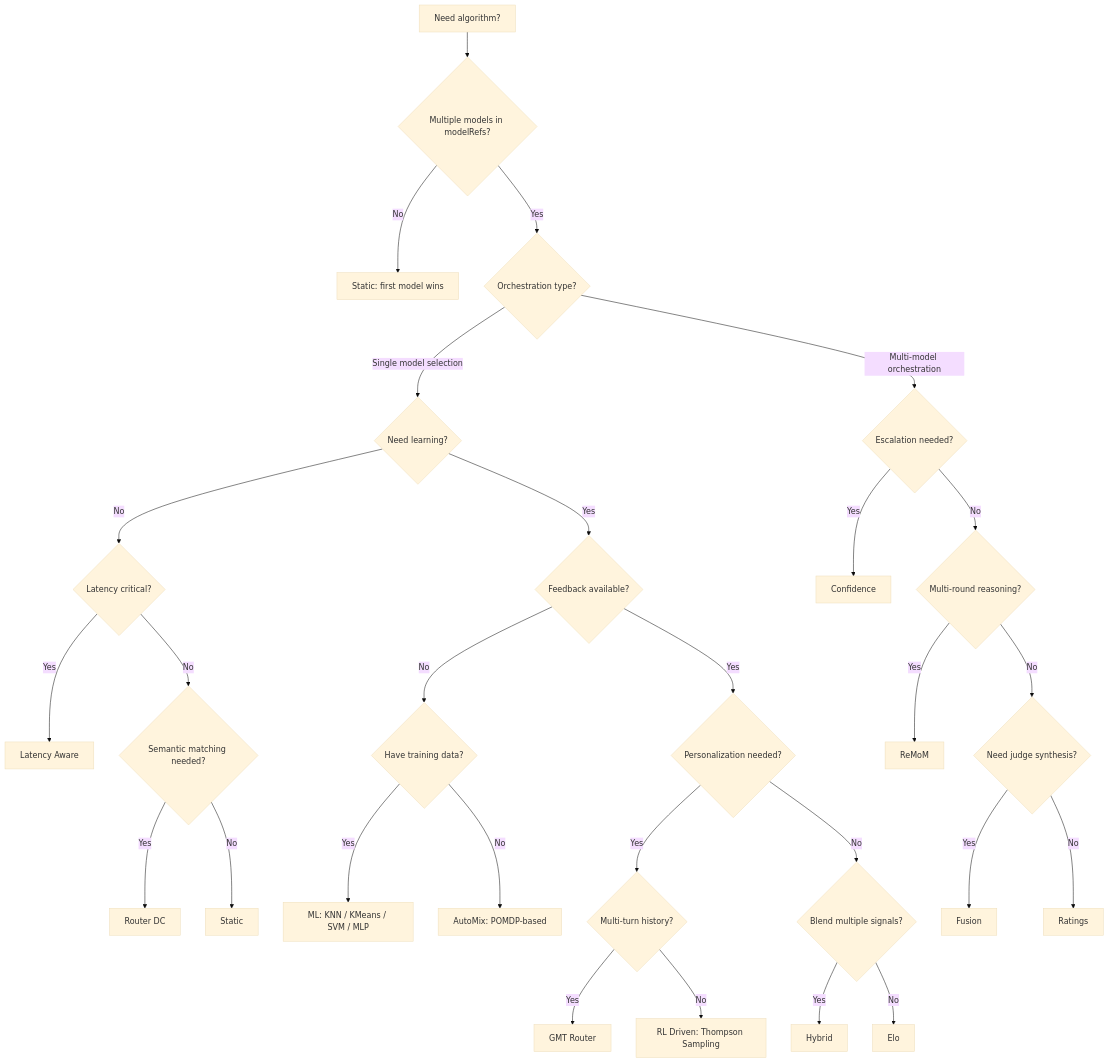
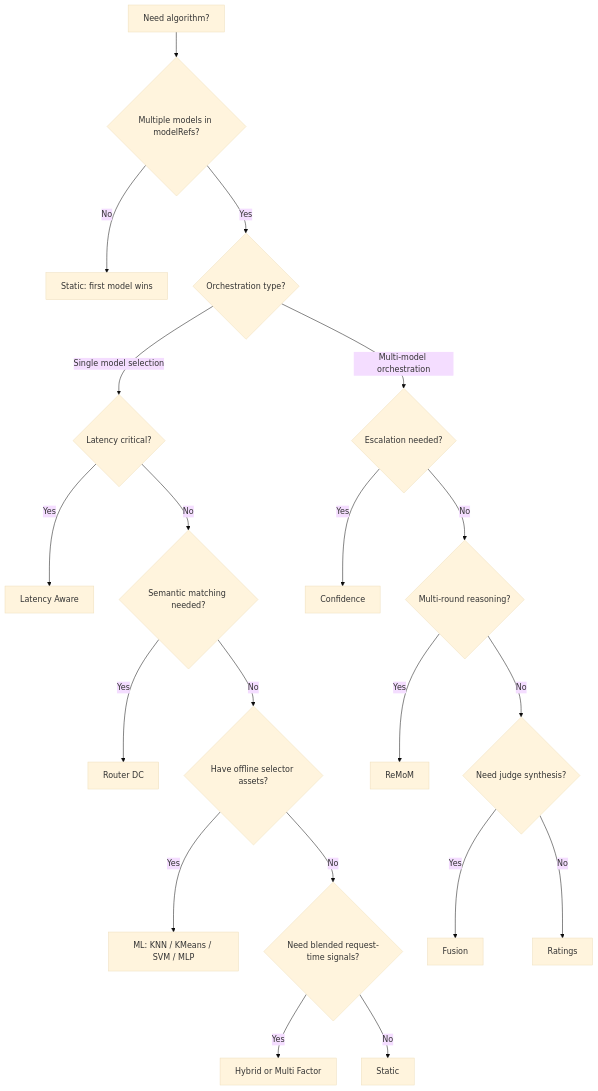
One commit to vllm-project/semantic-router changed the diagram in website/docs/tutorials/algorithm/overview.md. Above: the diagram before and after it, drawn with Mermaid (base theme). The commit also changed other lines of this file and 179 other files, not shown here.

First line of the commit message:
Complete Router Learning follow-up adaptations (#2258)

````diff
--- a/website/docs/tutorials/algorithm/overview.md
+++ b/website/docs/tutorials/algorithm/overview.md
@@ -85,30 +82,22 @@
 ```mermaid
 flowchart TD
     Start[Need algorithm?] --> Q1{Multiple models in modelRefs?}
     Q1 -- No --> Static[Static: first model wins]
     Q1 -- Yes --> Q2{Orchestration type?}
-    Q2 -- Single model selection --> Q3{Need learning?}
-    Q3 -- No --> Q4{Latency critical?}
-    Q4 -- Yes --> Latency[Latency Aware]
-    Q4 -- No --> Q5{Semantic matching needed?}
-    Q5 -- Yes --> RDC[Router DC]
-    Q5 -- No --> Static2[Static]
-    Q3 -- Yes --> Q6{Feedback available?}
-    Q6 -- No --> Q7{Have training data?}
-    Q7 -- Yes --> ML[ML: KNN / KMeans / SVM / MLP]
-    Q7 -- No --> AutoMix[AutoMix: POMDP-based]
-    Q6 -- Yes --> Q8{Personalization needed?}
-    Q8 -- Yes --> Q9{Multi-turn history?}
-    Q9 -- Yes --> GMT[GMT Router]
-    Q9 -- No --> RL[RL Driven: Thompson Sampling]
-    Q8 -- No --> Q10{Blend multiple signals?}
-    Q10 -- Yes --> Hybrid[Hybrid]
-    Q10 -- No --> Elo[Elo]
+    Q2 -- Single model selection --> Q3{Latency critical?}
+    Q3 -- Yes --> Latency[Latency Aware]
+    Q3 -- No --> Q4{Semantic matching needed?}
+    Q4 -- Yes --> RDC[Router DC]
+    Q4 -- No --> Q5{Have offline selector assets?}
+    Q5 -- Yes --> ML[ML: KNN / KMeans / SVM / MLP]
+    Q5 -- No --> Q6{Need blended request-time signals?}
+    Q6 -- Yes --> Hybrid[Hybrid or Multi Factor]
+    Q6 -- No --> Static2[Static]
     Q2 -- Multi-model orchestration --> Q11{Escalation needed?}
     Q11 -- Yes --> Confidence[Confidence]
     Q11 -- No --> Q12{Multi-round reasoning?}
     Q12 -- Yes --> ReMoM[ReMoM]
     Q12 -- No --> Q13{Need judge synthesis?}
     Q13 -- Yes --> Fusion[Fusion]
     Q13 -- No --> Ratings[Ratings]
 ```
````
